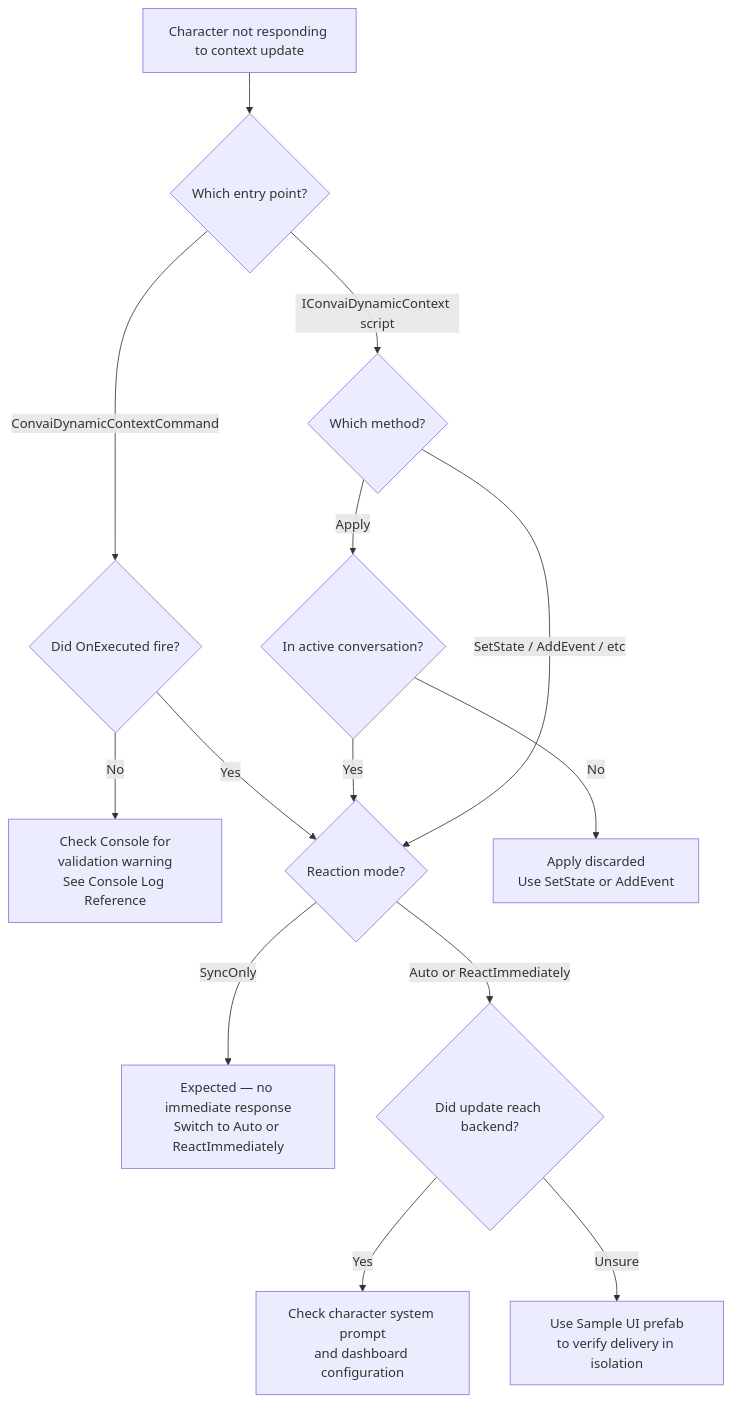
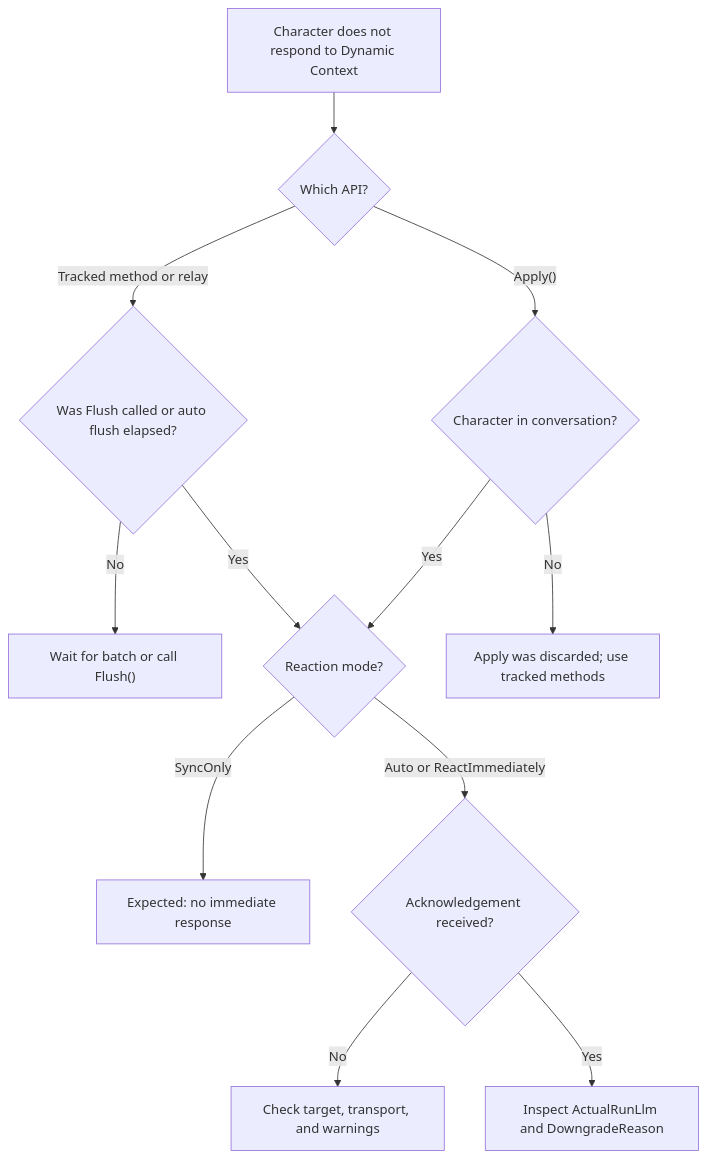
The diagram in plugins-and-integrations/convai-unity-sdk/features/dynamic-context/troubleshoot-dynamic-context.md (Conv-AI/Convai-Documentation), drawn with Mermaid before and after one commit. The commit also changed other lines of this file and 10 other files, not shown here.

Commit message:
docs(unity): align dynamic context pages with SDK

````diff
--- a/plugins-and-integrations/convai-unity-sdk/features/dynamic-context/troubleshoot-dynamic-context.md
+++ b/plugins-and-integrations/convai-unity-sdk/features/dynamic-context/troubleshoot-dynamic-context.md
@@ -127,16 +108,14 @@
 ```mermaid
 flowchart TD
-    A[Character not responding to context update] --> B{Which entry point?}
-    B -- ConvaiDynamicContextCommand --> C{Did OnExecuted fire?}
-    C -- No --> D[Check Console for\nvalidation warning\nSee Console Log Reference]
-    C -- Yes --> E{Reaction mode?}
-    B -- IConvaiDynamicContext script --> F{Which method?}
-    F -- Apply --> G{In active conversation?}
-    G -- No --> H[Apply discarded\nUse SetState or AddEvent]
-    G -- Yes --> E
-    F -- SetState / AddEvent / etc --> E
-    E -- SyncOnly --> I[Expected — no immediate response\nSwitch to Auto or ReactImmediately]
-    E -- Auto or ReactImmediately --> J{Did update reach backend?}
-    J -- Yes --> K[Check character system prompt\nand dashboard configuration]
-    J -- Unsure --> L[Use Sample UI prefab\nto verify delivery in isolation]
+    A["Character does not respond to Dynamic Context"] --> B{"Which API?"}
+    B -- "Tracked method or relay" --> C{"Was Flush called or auto flush elapsed?"}
+    C -- "No" --> D["Wait for batch or call Flush()"]
+    C -- "Yes" --> E{"Reaction mode?"}
+    B -- "Apply()" --> F{"Character in conversation?"}
+    F -- "No" --> G["Apply was discarded; use tracked methods"]
+    F -- "Yes" --> E
+    E -- "SyncOnly" --> H["Expected: no immediate response"]
+    E -- "Auto or ReactImmediately" --> I{"Acknowledgement received?"}
+    I -- "No" --> J["Check target, transport, and warnings"]
+    I -- "Yes" --> K["Inspect ActualRunLlm and DowngradeReason"]
 ```
````
